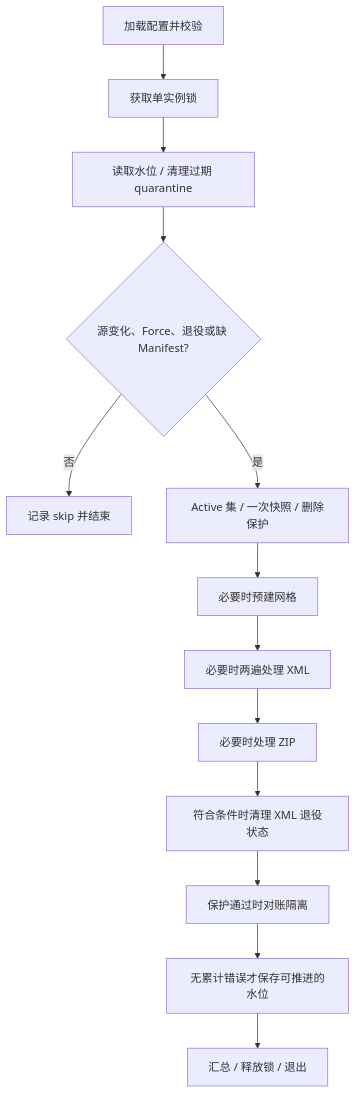
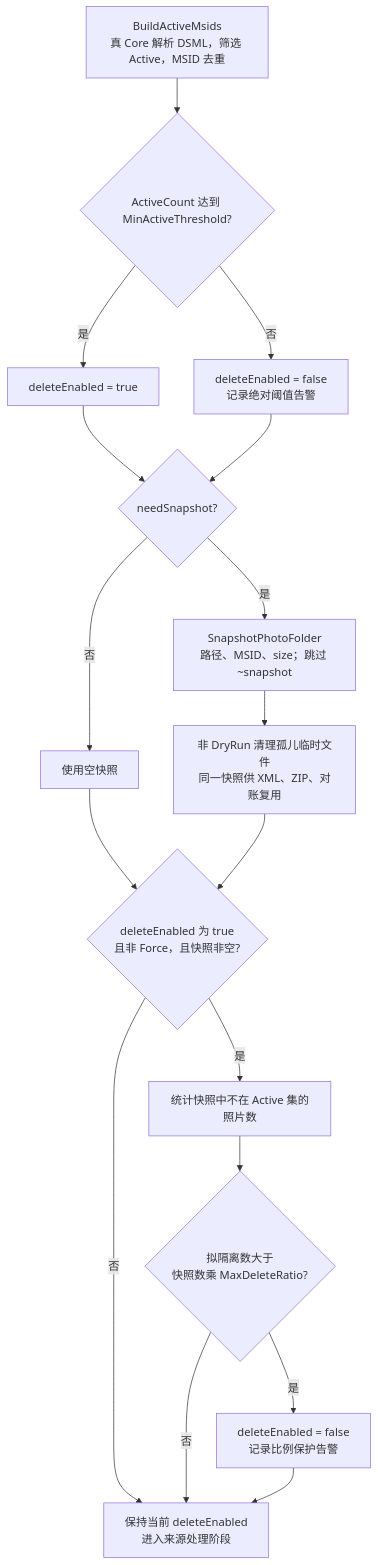
One commit to autotestpoc123/test123 changed the second of 6 diagrams in xml_import_photo.md. Above: the diagram before and after it, drawn with Mermaid. The commit also changed other lines of this file, not shown here.

````diff
--- a/xml_import_photo.md
+++ b/xml_import_photo.md
@@ -75,15 +138,19 @@
 ```mermaid
 flowchart TD
-    A[加载配置并校验] --> B[获取单实例锁]
-    B --> C[读取水位 / 清理过期 quarantine]
-    C --> D{源变化、Force、退役或缺 Manifest?}
-    D -- 否 --> E[记录 skip 并结束]
-    D -- 是 --> F[Active 集 / 一次快照 / 删除保护]
-    F --> G[必要时预建网格]
-    G --> H[必要时两遍处理 XML]
-    H --> I[必要时处理 ZIP]
-    I --> J[符合条件时清理 XML 退役状态]
-    J --> K[保护通过时对账隔离]
-    K --> L[无累计错误才保存可推进的水位]
-    L --> M[汇总 / 释放锁 / 退出]
+    A["BuildActiveMsids<br/>真 Core 解析 DSML，筛选 Active，MSID 去重"] --> B{"ActiveCount 达到 MinActiveThreshold?"}
+    B -- 是 --> C["deleteEnabled = true"]
+    B -- 否 --> D["deleteEnabled = false<br/>记录绝对阈值告警"]
+    C --> E{"needSnapshot?"}
+    D --> E
+    E -- 否 --> F["使用空快照"]
+    E -- 是 --> G["SnapshotPhotoFolder<br/>路径、MSID、size；跳过 ~snapshot"]
+    G --> H["非 DryRun 清理孤儿临时文件<br/>同一快照供 XML、ZIP、对账复用"]
+    F --> I{"deleteEnabled 为 true<br/>且非 Force，且快照非空?"}
+    H --> I
+    I -- 否 --> M["保持当前 deleteEnabled<br/>进入来源处理阶段"]
+    I -- 是 --> J["统计快照中不在 Active 集的照片数"]
+    J --> K{"拟隔离数大于<br/>快照数乘 MaxDeleteRatio?"}
+    K -- 否 --> M
+    K -- 是 --> L["deleteEnabled = false<br/>记录比例保护告警"]
+    L --> M
 ```
````
